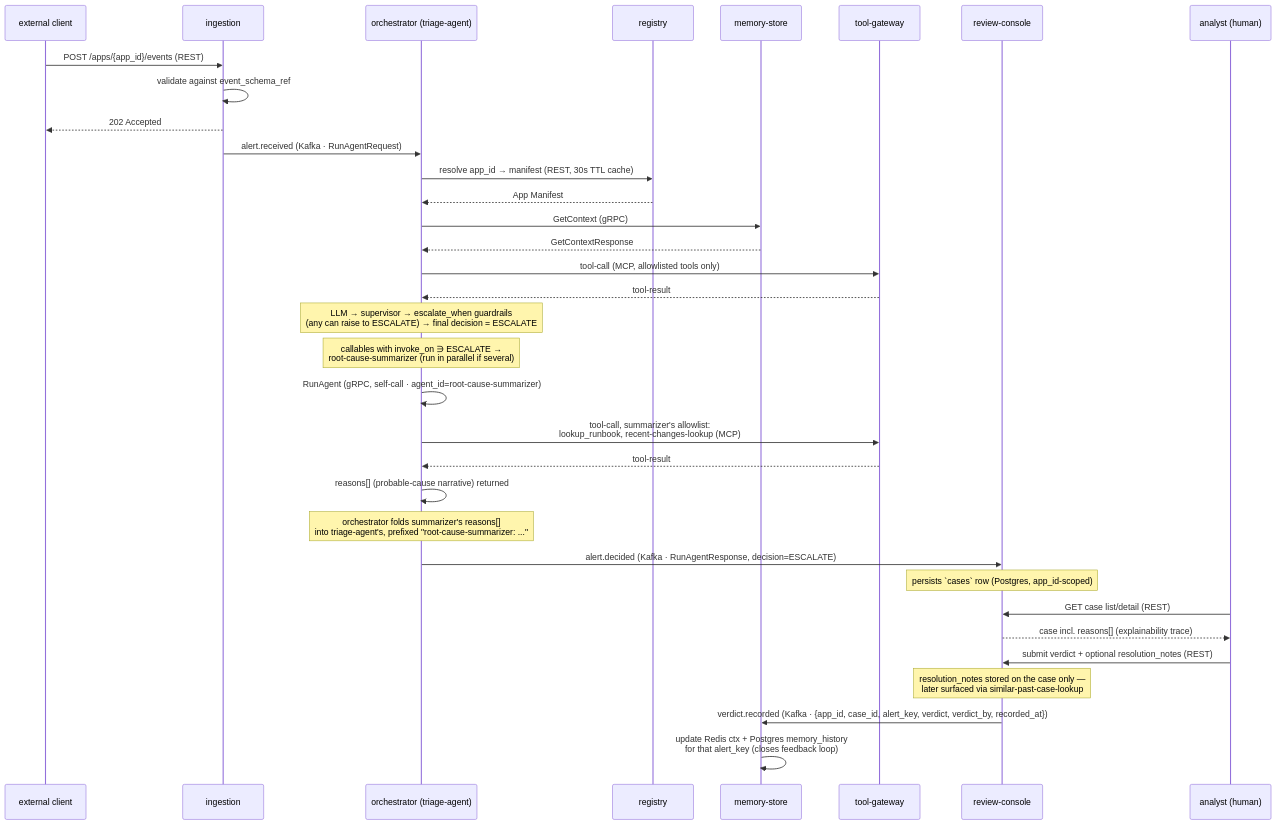
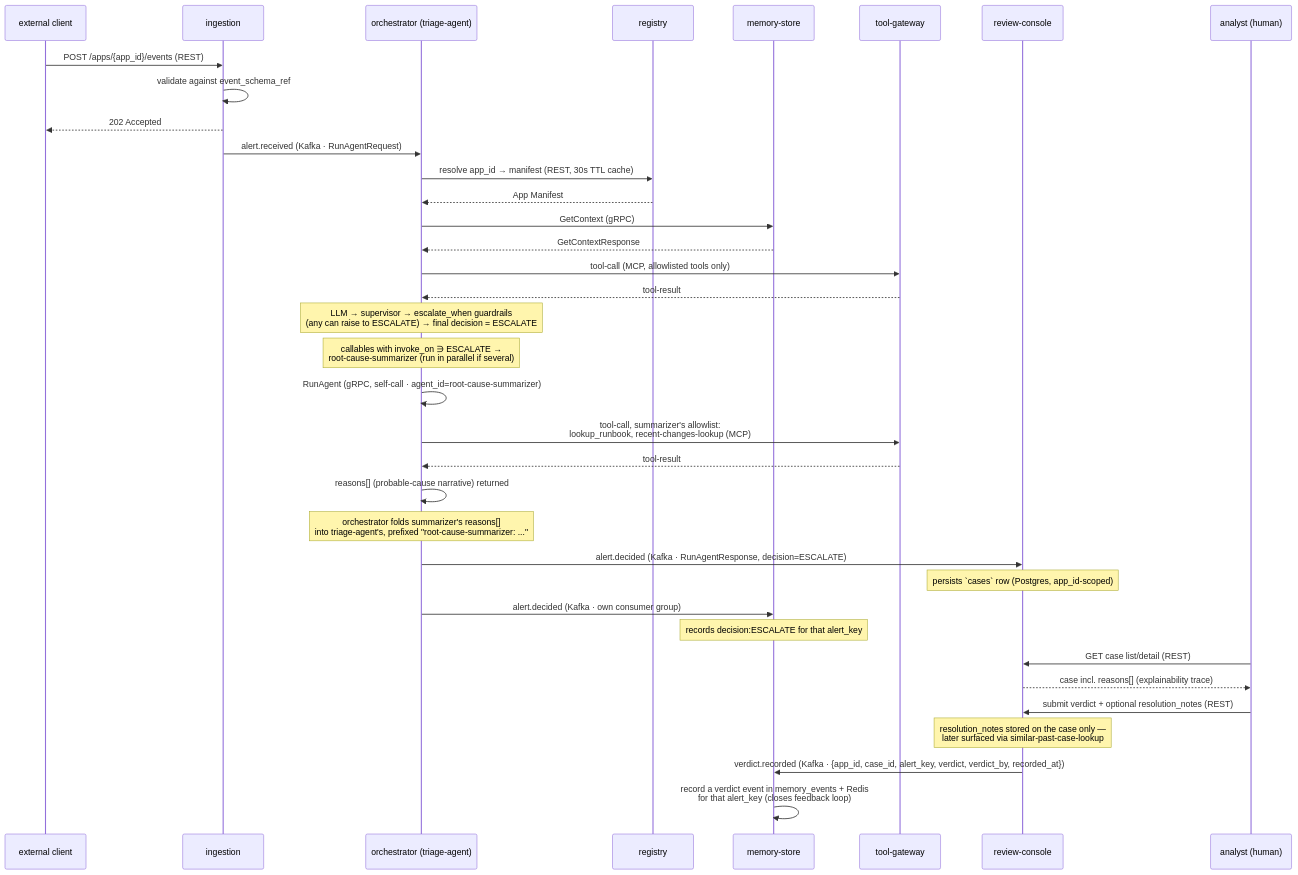
The second of 5 diagrams in docs/sequence_diagram.md (SrikanthArgp/agentic-platform), drawn with Mermaid before and after one commit. The commit also changed other lines of this file and 4 other files, not shown here.

First line of the commit message:
Docs: bring block, sequence and enterprise docs up to Day 6

````diff
--- a/docs/sequence_diagram.md
+++ b/docs/sequence_diagram.md
@@ -80,45 +83,47 @@
 ```mermaid
 sequenceDiagram
     participant Client as external client
     participant Ingestion as ingestion
     participant Orchestrator as orchestrator (triage-agent)
     participant Registry as registry
     participant MemoryStore as memory-store
     participant ToolGateway as tool-gateway
     participant ReviewConsole as review-console
     participant Analyst as analyst (human)
 
     Client->>Ingestion: POST /apps/{app_id}/events (REST)
     Ingestion->>Ingestion: validate against event_schema_ref
     Ingestion-->>Client: 202 Accepted
     Ingestion->>Orchestrator: alert.received (Kafka · RunAgentRequest)
 
     Orchestrator->>Registry: resolve app_id → manifest (REST, 30s TTL cache)
     Registry-->>Orchestrator: App Manifest
 
     Orchestrator->>MemoryStore: GetContext (gRPC)
     MemoryStore-->>Orchestrator: GetContextResponse
 
     Orchestrator->>ToolGateway: tool-call (MCP, allowlisted tools only)
     ToolGateway-->>Orchestrator: tool-result
 
     Note over Orchestrator: LLM → supervisor → escalate_when guardrails<br/>(any can raise to ESCALATE) → final decision = ESCALATE
 
     Note over Orchestrator: callables with invoke_on ∋ ESCALATE →<br/>root-cause-summarizer (run in parallel if several)
     Orchestrator->>Orchestrator: RunAgent (gRPC, self-call · agent_id=root-cause-summarizer)
     Orchestrator->>ToolGateway: tool-call, summarizer's allowlist:<br/>lookup_runbook, recent-changes-lookup (MCP)
     ToolGateway-->>Orchestrator: tool-result
     Orchestrator->>Orchestrator: reasons[] (probable-cause narrative) returned
     Note over Orchestrator: orchestrator folds summarizer's reasons[]<br/>into triage-agent's, prefixed "root-cause-summarizer: ..."
 
     Orchestrator->>ReviewConsole: alert.decided (Kafka · RunAgentResponse, decision=ESCALATE)
     Note over ReviewConsole: persists `cases` row (Postgres, app_id-scoped)
+    Orchestrator->>MemoryStore: alert.decided (Kafka · own consumer group)
+    Note over MemoryStore: records decision:ESCALATE for that alert_key
 
     Analyst->>ReviewConsole: GET case list/detail (REST)
     ReviewConsole-->>Analyst: case incl. reasons[] (explainability trace)
     Analyst->>ReviewConsole: submit verdict + optional resolution_notes (REST)
     Note over ReviewConsole: resolution_notes stored on the case only —<br/>later surfaced via similar-past-case-lookup
 
     ReviewConsole->>MemoryStore: verdict.recorded (Kafka · {app_id, case_id, alert_key, verdict, verdict_by, recorded_at})
-    MemoryStore->>MemoryStore: update Redis ctx + Postgres memory_history<br/>for that alert_key (closes feedback loop)
+    MemoryStore->>MemoryStore: record a verdict event in memory_events + Redis<br/>for that alert_key (closes feedback loop)
 ```
````
